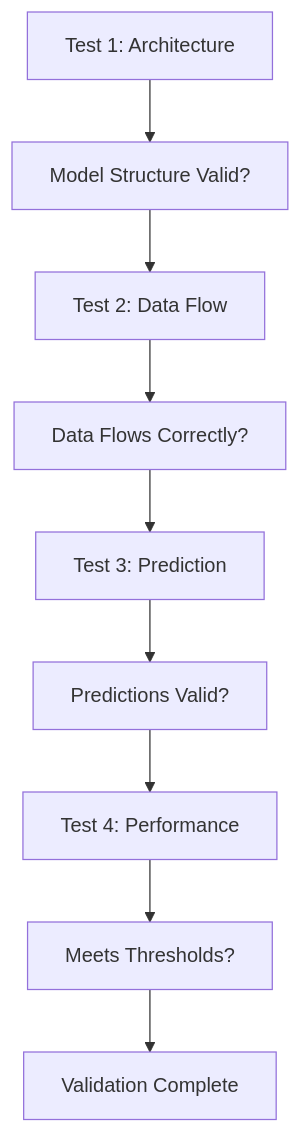
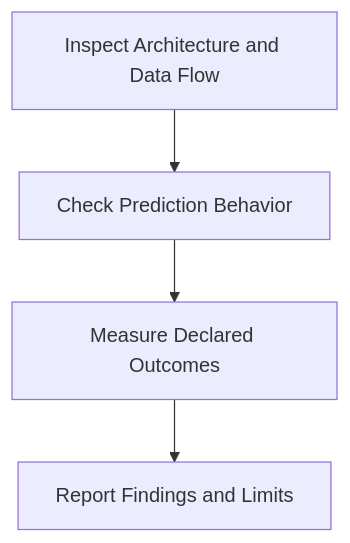
Before and after one commit to Evintkoo/2048-ml: the fourth of 7 diagrams in plans/09-Quality/02-Validation/01-model-validation.md, drawn with Mermaid. The commit also changed other lines of this file and 67 other files, not shown here.

````diff
--- a/plans/09-Quality/02-Validation/01-model-validation.md
+++ b/plans/09-Quality/02-Validation/01-model-validation.md
@@ -94,11 +87,6 @@
 ```mermaid
 flowchart TD
-    A[Test 1: Architecture] --> B[Model Structure Valid?]
-    B --> C[Test 2: Data Flow]
-    C --> D[Data Flows Correctly?]
-    D --> E[Test 3: Prediction]
-    E --> F[Predictions Valid?]
-    F --> G[Test 4: Performance]
-    G --> H[Meets Thresholds?]
-    H --> I[Validation Complete]
+    A[Inspect Architecture and Data Flow] --> B[Check Prediction Behavior]
+    B --> C[Measure Declared Outcomes]
+    C --> D[Report Findings and Limits]
 ```
````
